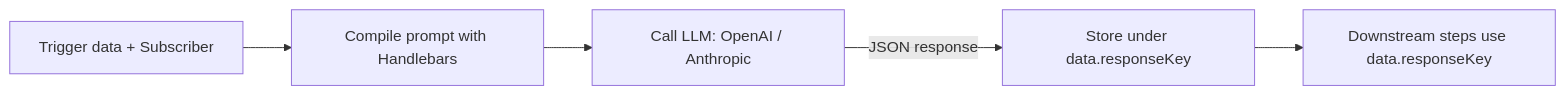
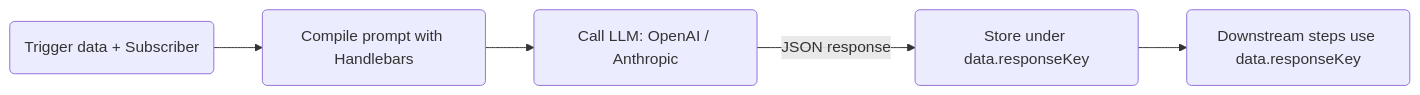
The first of 2 diagrams in content/docs/en/platform/features/ai-workflow-node.mdx (KriyanshKhunt/nexus_docs), drawn with Mermaid before and after one commit. The commit also changed other lines of this file and 25 other files, not shown here.

Commit message:
Handle en Mermaid charts

````diff
--- a/content/docs/en/platform/features/ai-workflow-node.mdx
+++ b/content/docs/en/platform/features/ai-workflow-node.mdx
@@ -15,7 +15,7 @@
 ```mermaid
 flowchart LR
-  T[Trigger data + Subscriber] --> P[Compile prompt with Handlebars]
-  P --> LLM[Call LLM: OpenAI / Anthropic]
-  LLM -->|JSON response| D[Store under data.responseKey]
-  D --> Step[Downstream steps use data.responseKey]
+  T(Trigger data + Subscriber) --> P(Compile prompt with Handlebars)
+  P --> LLM(Call LLM: OpenAI / Anthropic)
+  LLM -->|JSON response| D(Store under data.responseKey)
+  D --> Step(Downstream steps use data.responseKey)
 ```
````
